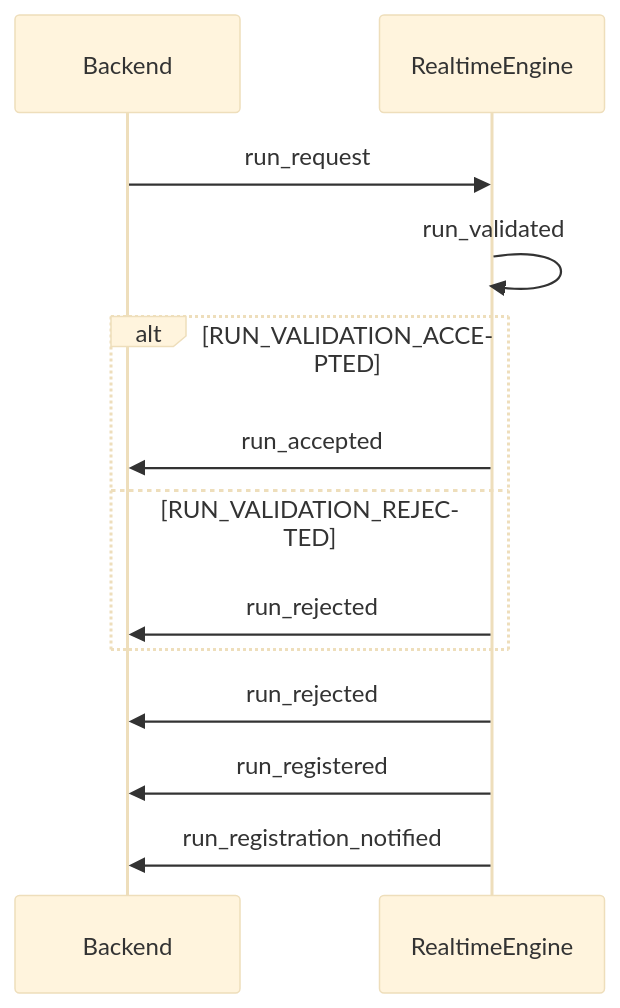
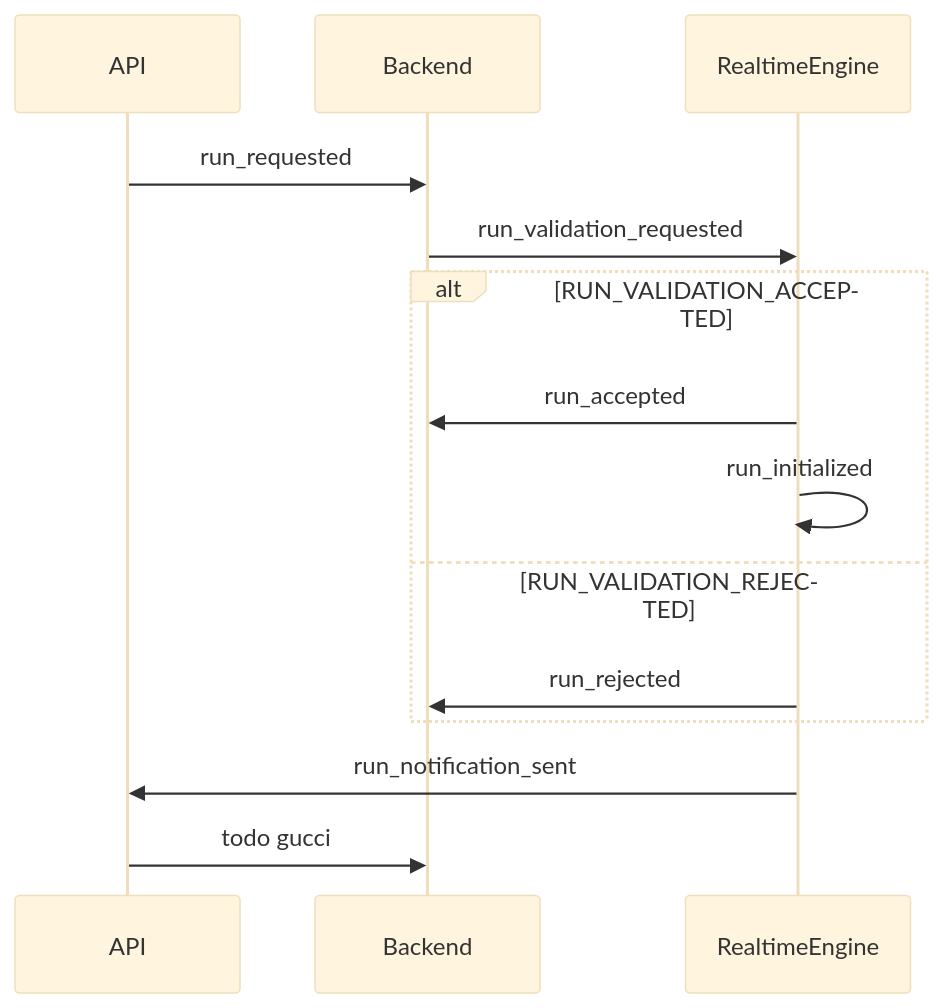
The second of 2 diagrams in behavior/databus/system/README.md (simovilab/context), drawn with Mermaid (base theme) before and after one commit. The commit also changed other lines of this file and 1 other file, not shown here.

Commit message:
updated README and register run json file.

````diff
--- a/behavior/databus/system/README.md
+++ b/behavior/databus/system/README.md
@@ -65,15 +70,16 @@
 ```mermaid
 sequenceDiagram
+    participant API
     participant Backend
     participant RealtimeEngine
-    Backend->>RealtimeEngine: run_request
-    RealtimeEngine->>RealtimeEngine: run_validated
+    API->>Backend: run_requested
+    Backend->>RealtimeEngine: run_validation_requested
     alt RUN_VALIDATION_ACCEPTED
         RealtimeEngine->>Backend: run_accepted
+        RealtimeEngine->>RealtimeEngine: run_initialized
     else RUN_VALIDATION_REJECTED
         RealtimeEngine->>Backend: run_rejected
     end
-    RealtimeEngine->>Backend: run_rejected
-    RealtimeEngine->>Backend: run_registered
-    RealtimeEngine->>Backend: run_registration_notified
+    RealtimeEngine->>API: run_notification_sent
+    API->>Backend: todo gucci
 ```
````
